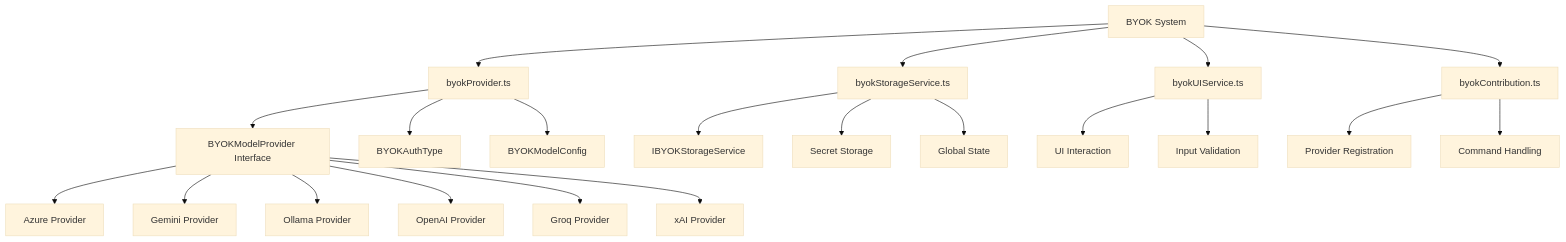
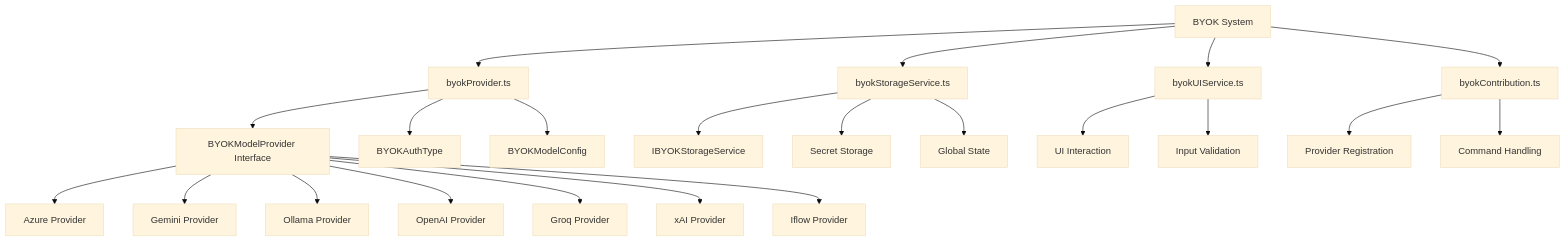
The first of 6 diagrams in .qoder/repowiki/en/content/Configuration and Customization/Bring Your Own Key (BYOK) Providers.md (fenghaitao/vscode-copilot-chat), drawn with Mermaid (base theme) before and after one commit. The commit also changed other lines of this file and 5 other files, not shown here.

````diff
--- a/.qoder/repowiki/en/content/Configuration and Customization/Bring Your Own Key (BYOK) Providers.md
+++ b/.qoder/repowiki/en/content/Configuration and Customization/Bring Your Own Key (BYOK) Providers.md
@@ -40,23 +53,24 @@
 ```mermaid
 graph TD
 A[BYOK System] --> B[byokProvider.ts]
 A --> C[byokStorageService.ts]
 A --> D[byokUIService.ts]
 A --> E[byokContribution.ts]
 B --> F[BYOKModelProvider Interface]
 B --> G[BYOKAuthType]
 B --> H[BYOKModelConfig]
 C --> I[IBYOKStorageService]
 C --> J[Secret Storage]
 C --> K[Global State]
 D --> L[UI Interaction]
 D --> M[Input Validation]
 E --> N[Provider Registration]
 E --> O[Command Handling]
 F --> P[Azure Provider]
 F --> Q[Gemini Provider]
 F --> R[Ollama Provider]
 F --> S[OpenAI Provider]
 F --> T[Groq Provider]
 F --> U[xAI Provider]
+F --> V[Iflow Provider]
 ```
````
